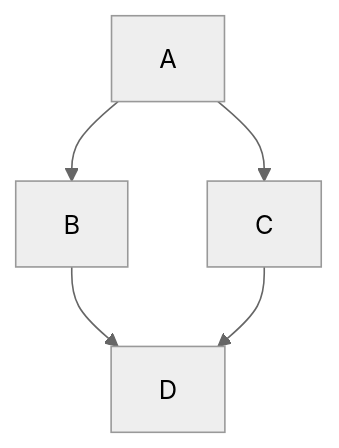
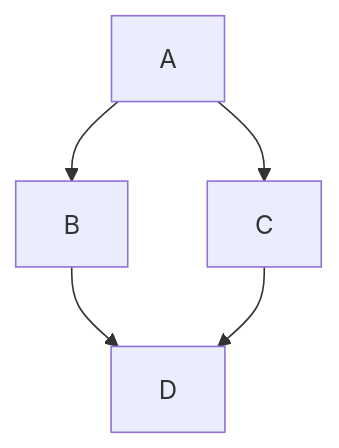
One commit to brianhuster/live-preview.nvim changed the diagram in tests/test.md. Above: the diagram before and after it, drawn with Mermaid. The commit also changed 1 other file, not shown here.

````diff
--- a/tests/test.md
+++ b/tests/test.md
@@ -3,8 +3,7 @@
 ```mermaid 
-%%{init: {'theme':'neutral'}}%%
 graph TD
     A-->B;
     A-->C;
     B-->D;
     C-->D;
 ```
````
